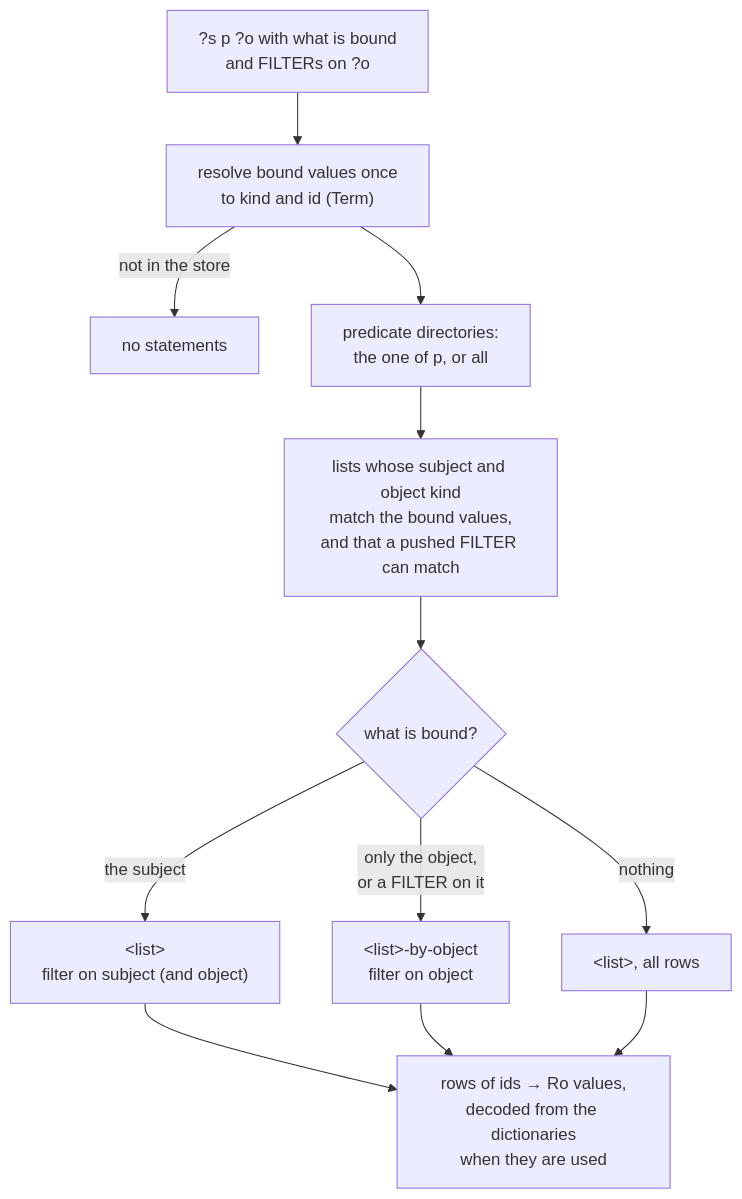
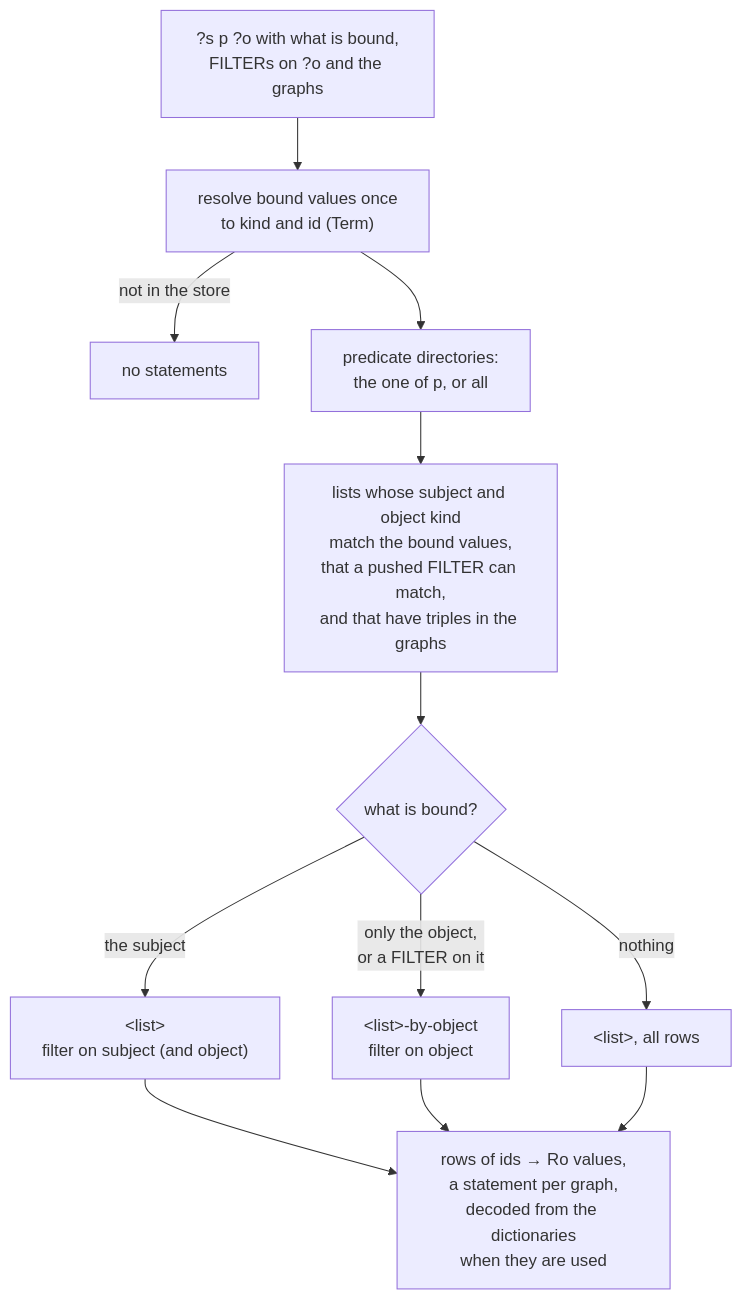
One commit to JervenBolleman/sparql-readonly changed the fourth of 5 diagrams in docs/storage.md. Above: the diagram before and after it, drawn with Mermaid. The commit also changed other lines of this file and 5 other files, not shown here.

First line of the commit message:
Push graph selection down into the graph columns

````diff
--- a/docs/storage.md
+++ b/docs/storage.md
@@ -162,14 +162,14 @@
 ```mermaid
 flowchart TD
-    pattern["?s p ?o with what is bound<br/>and FILTERs on ?o"] --> resolve["resolve bound values once<br/>to kind and id (Term)"]
+    pattern["?s p ?o with what is bound,<br/>FILTERs on ?o and the graphs"] --> resolve["resolve bound values once<br/>to kind and id (Term)"]
     resolve -->|"not in the store"| empty["no statements"]
     resolve --> select["predicate directories:<br/>the one of p, or all"]
-    select --> kinds["lists whose subject and object kind<br/>match the bound values,<br/>and that a pushed FILTER can match"]
+    select --> kinds["lists whose subject and object kind<br/>match the bound values,<br/>that a pushed FILTER can match,<br/>and that have triples in the graphs"]
     kinds --> which{"what is bound?"}
     which -->|"the subject"| so["#lt;list#gt;<br/>filter on subject (and object)"]
     which -->|"only the object,<br/>or a FILTER on it"| os["#lt;list#gt;-by-object<br/>filter on object"]
     which -->|nothing| scan["#lt;list#gt;, all rows"]
-    so --> rows["rows of ids → Ro values,<br/>decoded from the dictionaries<br/>when they are used"]
+    so --> rows["rows of ids → Ro values,<br/>a statement per graph,<br/>decoded from the dictionaries<br/>when they are used"]
     os --> rows
     scan --> rows
 ```
````
